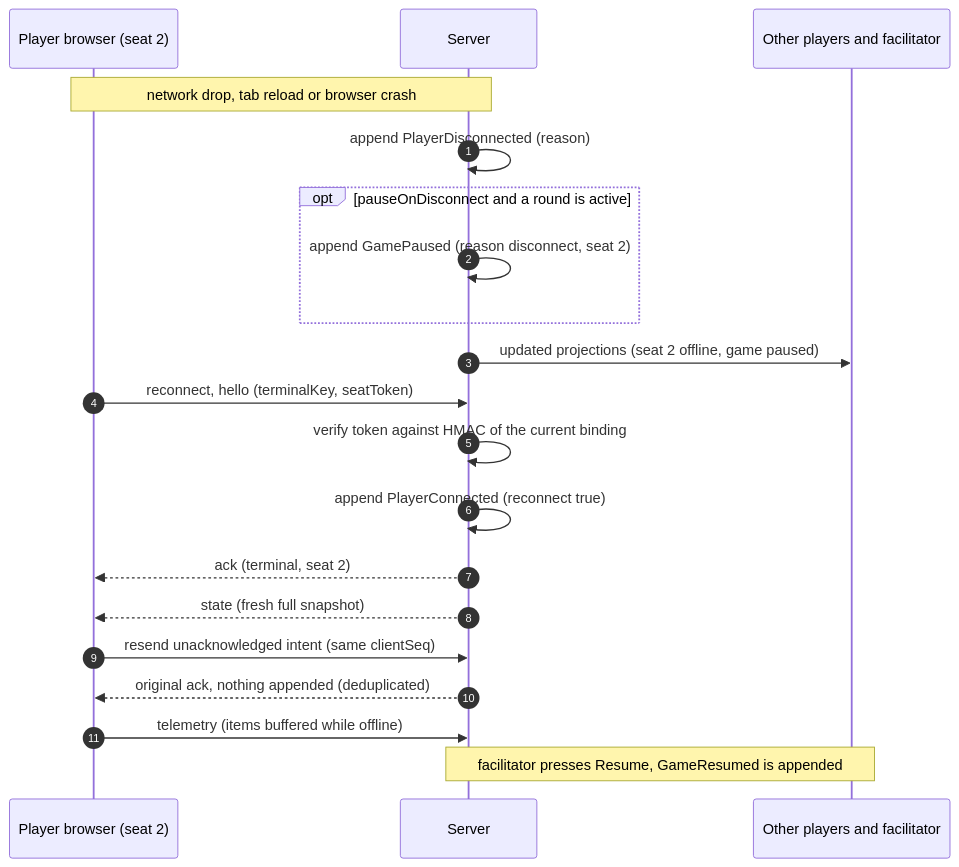
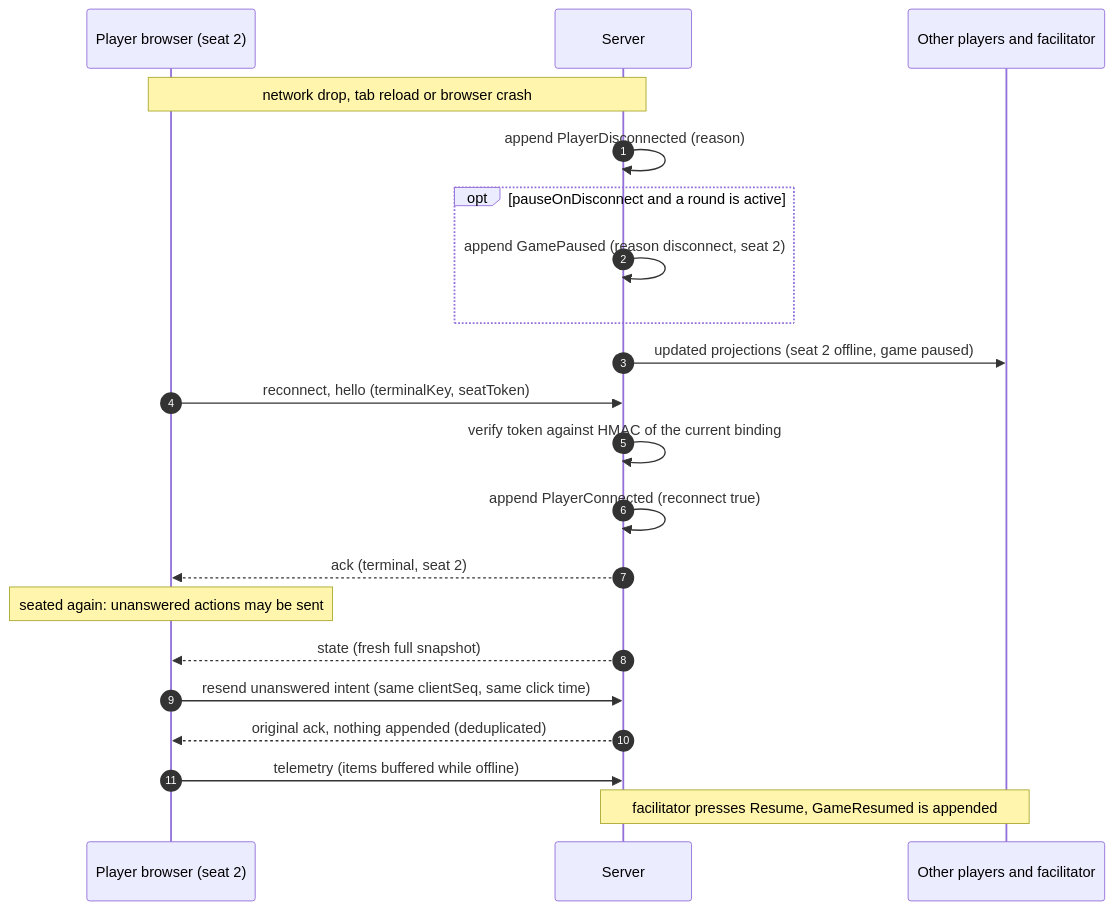
The fifth of 8 diagrams in docs/NETWORKING.md (xy-zak/WhoKnowsWhoActs), drawn with Mermaid before and after one commit. The commit also changed other lines of this file and 34 other files, not shown here.

````diff
--- a/docs/NETWORKING.md
+++ b/docs/NETWORKING.md
@@ -181,22 +181,23 @@
 ```mermaid
 sequenceDiagram
   autonumber
   participant B as Player browser (seat 2)
   participant S as Server
   participant O as Other players and facilitator
   Note over B,S: network drop, tab reload or browser crash
   S->>S: append PlayerDisconnected (reason)
   opt pauseOnDisconnect and a round is active
     S->>S: append GamePaused (reason disconnect, seat 2)
   end
   S->>O: updated projections (seat 2 offline, game paused)
   B->>S: reconnect, hello (terminalKey, seatToken)
   S->>S: verify token against HMAC of the current binding
   S->>S: append PlayerConnected (reconnect true)
   S-->>B: ack (terminal, seat 2)
+  Note over B: seated again: unanswered actions may be sent
   S-->>B: state (fresh full snapshot)
-  B->>S: resend unacknowledged intent (same clientSeq)
+  B->>S: resend unanswered intent (same clientSeq, same click time)
   S-->>B: original ack, nothing appended (deduplicated)
   B->>S: telemetry (items buffered while offline)
   Note over O,S: facilitator presses Resume, GameResumed is appended
 ```
````
